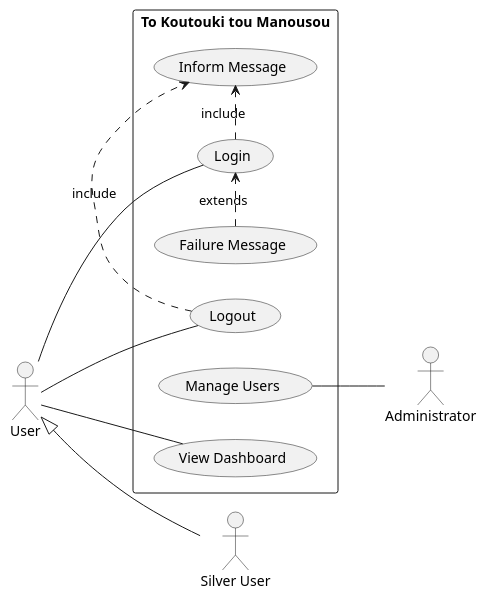
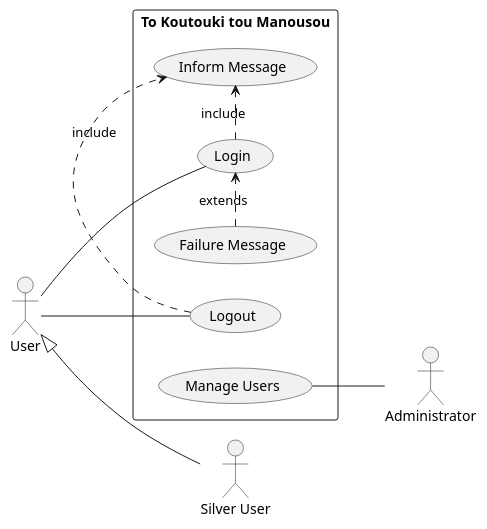
One commit to softwareDesign24/collaborateUML-ucd changed the diagram in use-case.puml. Above: the diagram before and after it, drawn with PlantUML.

```diff
--- a/use-case.puml
+++ b/use-case.puml
@@ -1,47 +1,45 @@
 @startuml
 
 left to right direction
 
 actor "User" as usr
 actor "Silver User" as s_usr
 actor "Administrator" as admin
 
 rectangle "To Koutouki tou Manousou" {
   usecase "Login" as UC1
-  usecase "View Dashboard" as UC2
-  usecase "Logout" as UC3
-  usecase "Manage Users" as UC4
-  usecase "Inform Message" as UC5
-  usecase "Failure Message" as UC6
+  usecase "Logout" as UC2
+  usecase "Manage Users" as UC3
+  usecase "Inform Message" as UC4
+  usecase "Failure Message" as UC5
 }
 
 usr -- UC1
 usr -- UC2
-usr -- UC3
-admin -up- UC4
+admin -up- UC3
 
-UC1 .> UC5 : include
-UC3 .> UC5 : include
-UC6 .> UC1 : extends
+UC1 .> UC4 : include
+UC2 .> UC4 : include
+UC5 .> UC1 : extends
 
 usr <|-- s_usr
 
 
 
 
 
 
 
 
 
 
 
 
 
 
 
 
 
 
 
 @enduml
```
